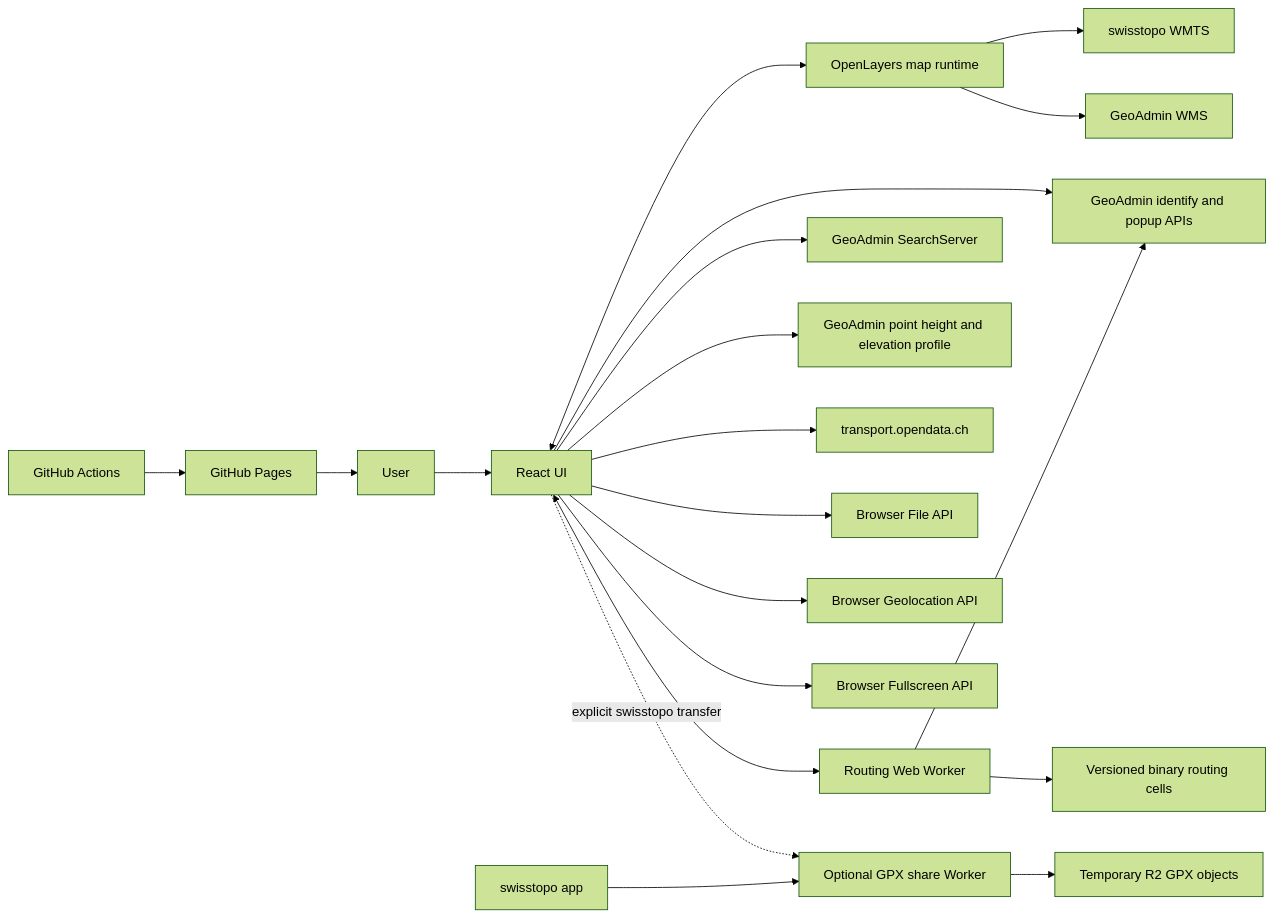
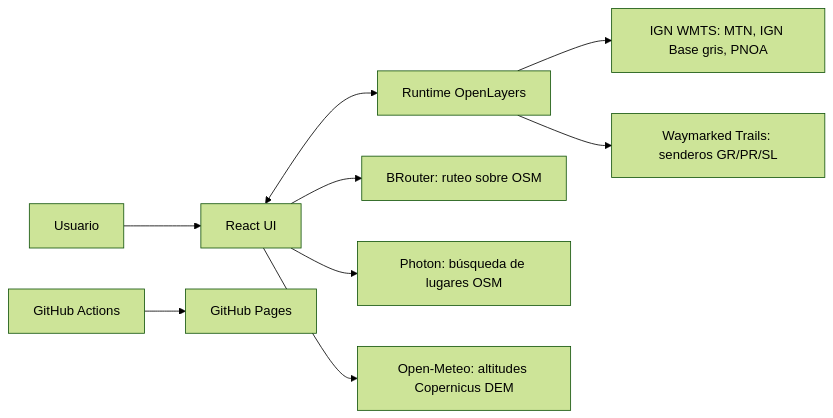
One commit to sagaban/via-augusta changed the diagram in docs/ARCHITECTURE.md. Above: the diagram before and after it, drawn with Mermaid (forest theme). The commit also changed other lines of this file and 190 other files, not shown here.

````diff
--- a/docs/ARCHITECTURE.md
+++ b/docs/ARCHITECTURE.md
@@ -189,25 +10,11 @@
 ```mermaid
 flowchart LR
-    User[User] --> UI[React UI]
-    UI <--> Map[OpenLayers map runtime]
-    UI <--> Worker[Routing Web Worker]
-
-    Map --> WMTS[swisstopo WMTS]
-    Map --> WMS[GeoAdmin WMS]
-    UI --> Search[GeoAdmin SearchServer]
-    UI --> Identify[GeoAdmin identify and popup APIs]
-    UI --> Elevation[GeoAdmin point height and elevation profile]
-    UI --> Timetable[transport.opendata.ch]
-    Worker --> Identify
-    Worker --> RoutingData[Versioned binary routing cells]
-
-    UI --> FileAPI[Browser File API]
-    UI --> Geolocation[Browser Geolocation API]
-    UI --> Fullscreen[Browser Fullscreen API]
-    UI -. explicit swisstopo transfer .-> ShareWorker[Optional GPX share Worker]
-    ShareWorker --> ShareR2[Temporary R2 GPX objects]
-    Swisstopo[swisstopo app] --> ShareWorker
-
+    User[Usuario] --> UI[React UI]
+    UI <--> Map[Runtime OpenLayers]
+    Map --> IGN[IGN WMTS: MTN, IGN Base gris, PNOA]
+    Map --> WMT[Waymarked Trails: senderos GR/PR/SL]
+    UI --> BRouter[BRouter: ruteo sobre OSM]
+    UI --> Photon[Photon: búsqueda de lugares OSM]
+    UI --> OpenMeteo[Open-Meteo: altitudes Copernicus DEM]
     Build[GitHub Actions] --> Pages[GitHub Pages]
-    Pages --> User
 ```
````
